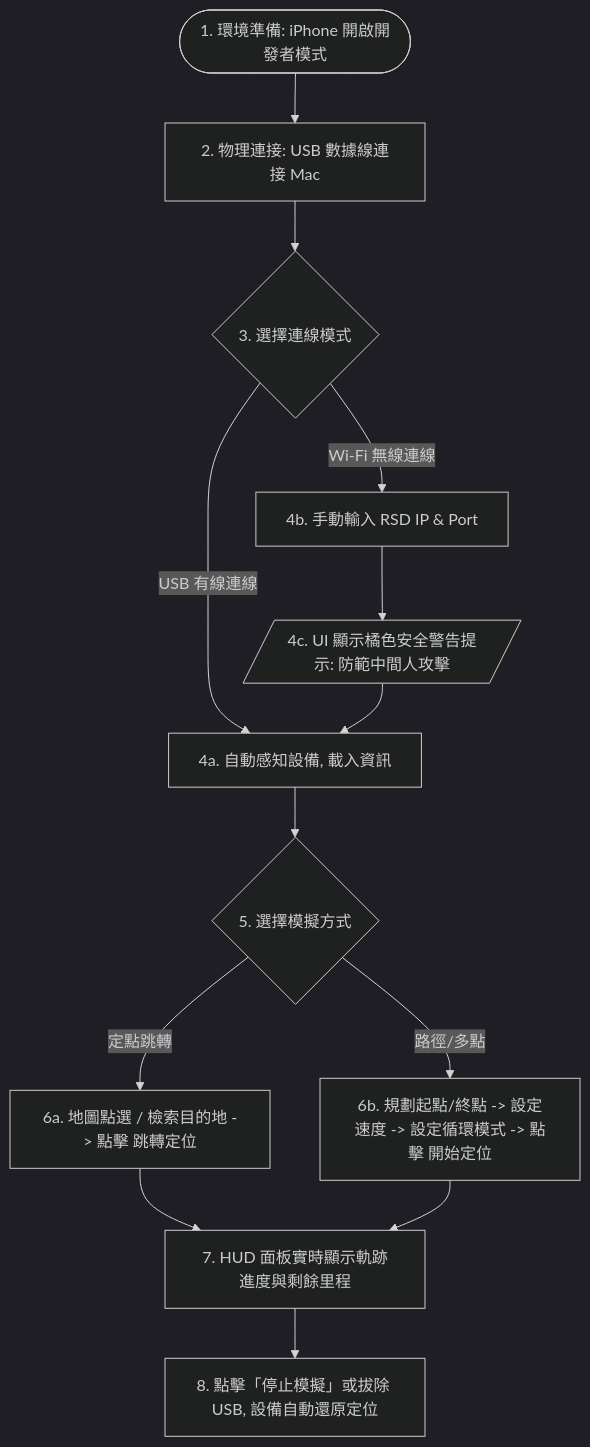
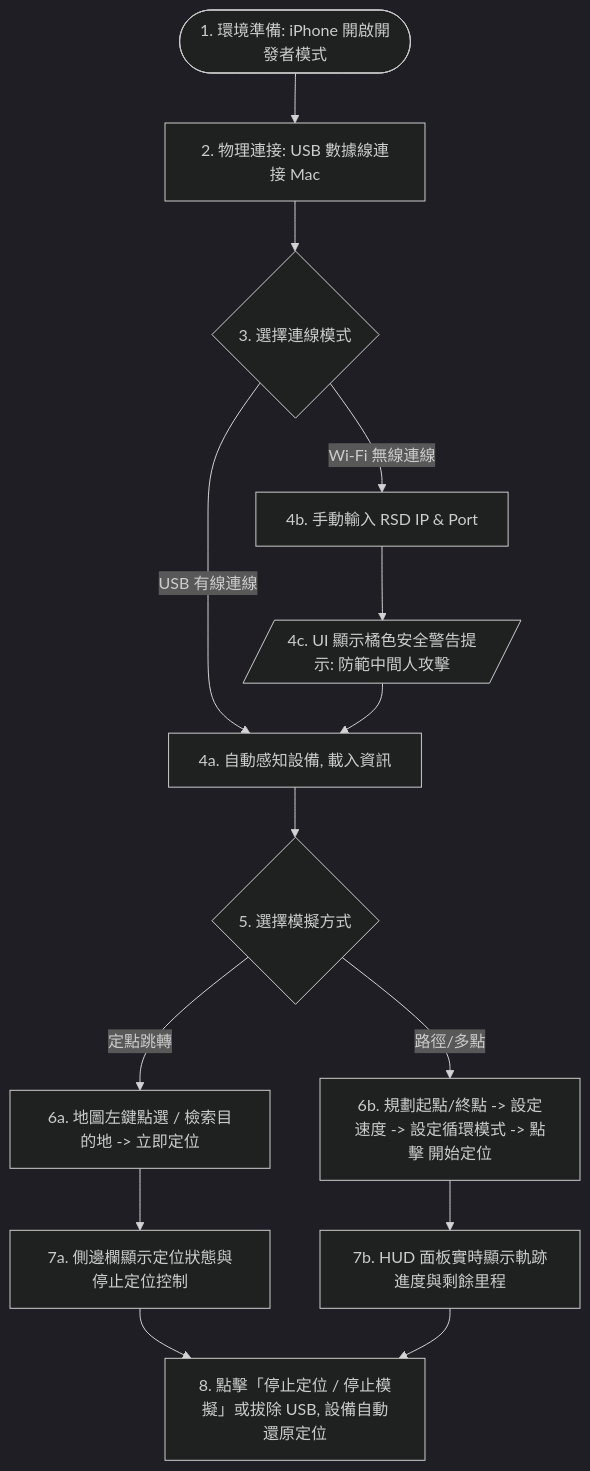
Before and after one commit to yusenhan/flyflyfly: the second of 2 diagrams in docs/FunctionalSpecification.md, drawn with Mermaid (dark theme). The commit also changed other lines of this file and 10 other files, not shown here.

````diff
--- a/docs/FunctionalSpecification.md
+++ b/docs/FunctionalSpecification.md
@@ -98,22 +98,23 @@
 ```mermaid
 graph TD
     Start([1. 環境準備: iPhone 開啟開發者模式]) --> Connect[2. 物理連接: USB 數據線連接 Mac]
     Connect --> SwitchMode{3. 選擇連線模式}
     
     %% 有線模式
     SwitchMode -->|USB 有線連線| USBSetup[4a. 自動感知設備, 載入資訊]
     
     %% 無線模式
     SwitchMode -->|Wi-Fi 無線連線| WifiSetup[4b. 手動輸入 RSD IP & Port]
     WifiSetup --> WifiWarn[/4c. UI 顯示橘色安全警告提示: 防範中間人攻擊/]
     WifiWarn --> USBSetup
     
     USBSetup --> SelectDest{5. 選擇模擬方式}
     
-    SelectDest -->|定點跳轉| Fixed[6a. 地圖點選 / 檢索目的地 -> 點擊 跳轉定位]
+    SelectDest -->|定點跳轉| Fixed[6a. 地圖左鍵點選 / 檢索目的地 -> 立即定位]
     SelectDest -->|路徑/多點| Route[6b. 規劃起點/終點 -> 設定速度 -> 設定循環模式 -> 點擊 開始定位]
     
-    Fixed --> HUD[7. HUD 面板實時顯示軌跡進度與剩餘里程]
-    Route --> HUD
-    HUD --> Stop[8. 點擊「停止模擬」或拔除 USB, 設備自動還原定位]
+    Fixed --> HUD[7a. 側邊欄顯示定位狀態與停止定位控制]
+    Route --> RouteHUD[7b. HUD 面板實時顯示軌跡進度與剩餘里程]
+    HUD --> Stop[8. 點擊「停止定位 / 停止模擬」或拔除 USB, 設備自動還原定位]
+    RouteHUD --> Stop
 ```
````
